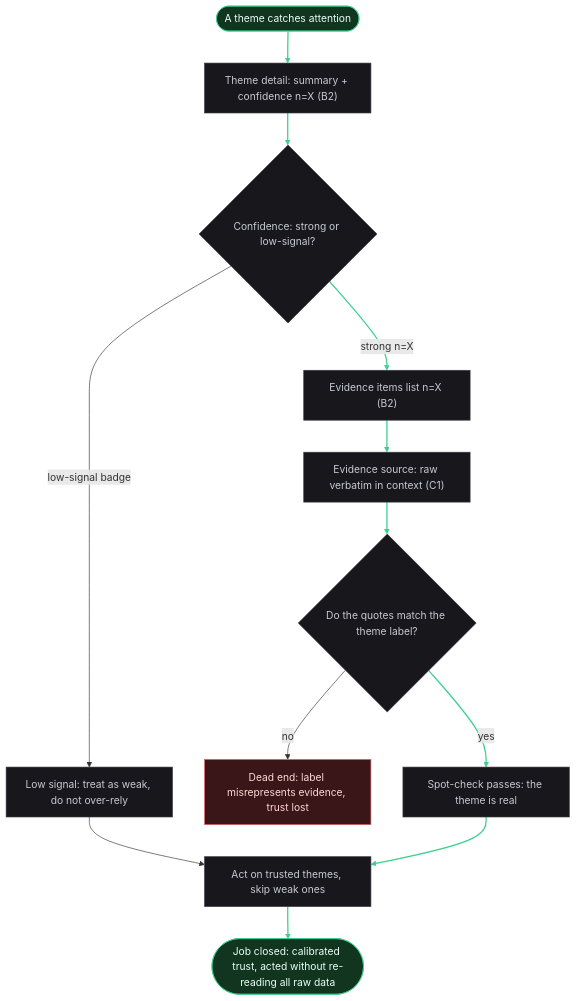
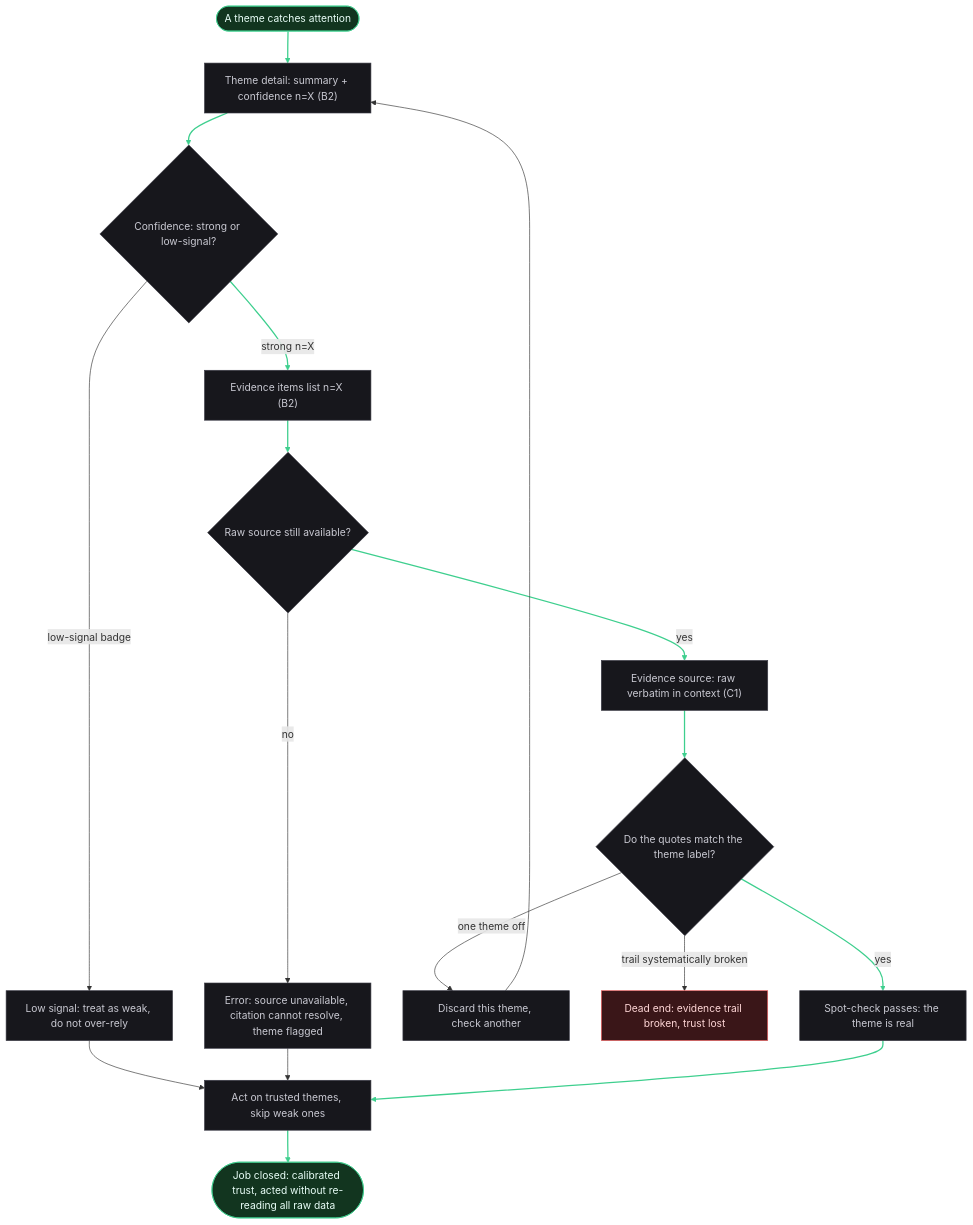
Before and after one commit to sergiodesign4u-dot/sift: the third of 5 diagrams in ia/docs/flows.md, drawn with Mermaid. The commit also changed other lines of this file and 1 other file, not shown here.

First line of the commit message:
IA Basic Layer (Step 6): critique #1 fixes - tighten dead-ends, add source-unavailable state

````diff
--- a/ia/docs/flows.md
+++ b/ia/docs/flows.md
@@ -104,22 +112,27 @@
 ```mermaid
 flowchart TD
     Start(["A theme catches attention"]) --> Theme["Theme detail: summary + confidence n=X (B2)"]
     Theme --> Conf{"Confidence: strong or low-signal?"}
     Conf -->|low-signal badge| Low["Low signal: treat as weak, do not over-rely"]
     Low --> Decide["Act on trusted themes, skip weak ones"]
     Conf -->|strong n=X| Items["Evidence items list n=X (B2)"]
-    Items --> RawItem["Evidence source: raw verbatim in context (C1)"]
+    Items --> Avail{"Raw source still available?"}
+    Avail -->|no| SrcErr["Error: source unavailable, citation cannot resolve, theme flagged"]
+    SrcErr --> Decide
+    Avail -->|yes| RawItem["Evidence source: raw verbatim in context (C1)"]
     RawItem --> Match{"Do the quotes match the theme label?"}
-    Match -->|no| Broken["Dead end: label misrepresents evidence, trust lost"]
+    Match -->|one theme off| DiscardT["Discard this theme, check another"]
+    DiscardT --> Theme
+    Match -->|trail systematically broken| Broken["Dead end: evidence trail broken, trust lost"]
     Match -->|yes| Verified["Spot-check passes: the theme is real"]
     Verified --> Decide
     Decide --> Trusted(["Job closed: calibrated trust, acted without re-reading all raw data"])
 
     classDef success fill:#12351f,stroke:#3ecf8e,color:#eafff9;
     classDef dead fill:#3a1618,stroke:#f06060,color:#ffd7d7;
     classDef neutral fill:#17171c,stroke:#3a3a45,color:#c9c9d2;
     class Start,Trusted success;
     class Broken dead;
-    class Theme,Conf,Low,Items,RawItem,Match,Verified,Decide neutral;
-    linkStyle 0,1,4,5,6,8,9,10 stroke:#3ecf8e,stroke-width:2px;
+    class Theme,Conf,Low,Items,Avail,SrcErr,RawItem,Match,DiscardT,Verified,Decide neutral;
+    linkStyle 0,1,4,5,8,9,13,14,15 stroke:#3ecf8e,stroke-width:2px;
 ```
````
